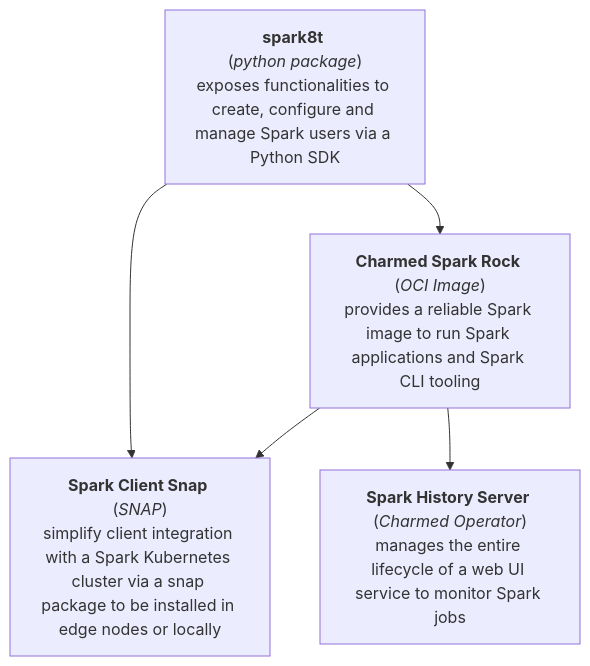
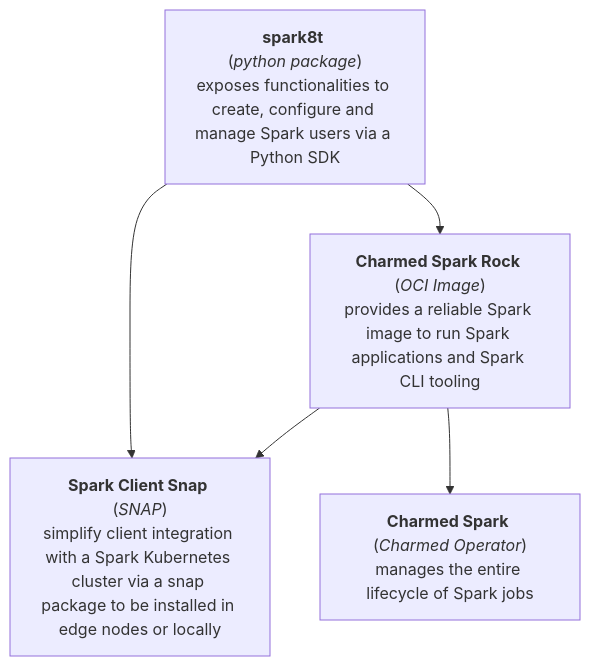
Before and after one commit to canonical/spark-k8s-bundle: the diagram in releases/3.4/yaml/docs/explanation/e-component-overview.md, drawn with Mermaid. The commit also changed other lines of this file and 14 other files, not shown here.

Commit message:
[DPE-4279] Revamp Charmed Spark documentation

````diff
--- a/releases/3.4/yaml/docs/explanation/e-component-overview.md
+++ b/releases/3.4/yaml/docs/explanation/e-component-overview.md
@@ -12,23 +12,23 @@
 ```mermaid
 flowchart TD
     spark8t["`**spark8t** 
     (*python package*)
     exposes functionalities to create, configure and manage Spark users via a Python SDK`"]
     
     spark-rock["`**Charmed Spark Rock** 
     (*OCI Image*)
     provides a reliable Spark image to run Spark applications and Spark CLI tooling`"]
 
     spark-client["`**Spark Client Snap** 
     (*SNAP*)
     simplify client integration with a Spark Kubernetes cluster via a snap package to be installed in edge nodes or locally`"]
 
-    history-server["`**Spark History Server** 
+    spark-k8s-bundle["`**Charmed Spark** 
     (*Charmed Operator*)
-    manages the entire lifecycle of a web UI service to monitor Spark jobs`"]
+    manages the entire lifecycle of Spark jobs`"]
 
     spark8t --> spark-rock
     spark8t --> spark-client
     spark-rock --> spark-client
-    spark-rock --> history-server
+    spark-rock --> spark-k8s-bundle
 ```
````
